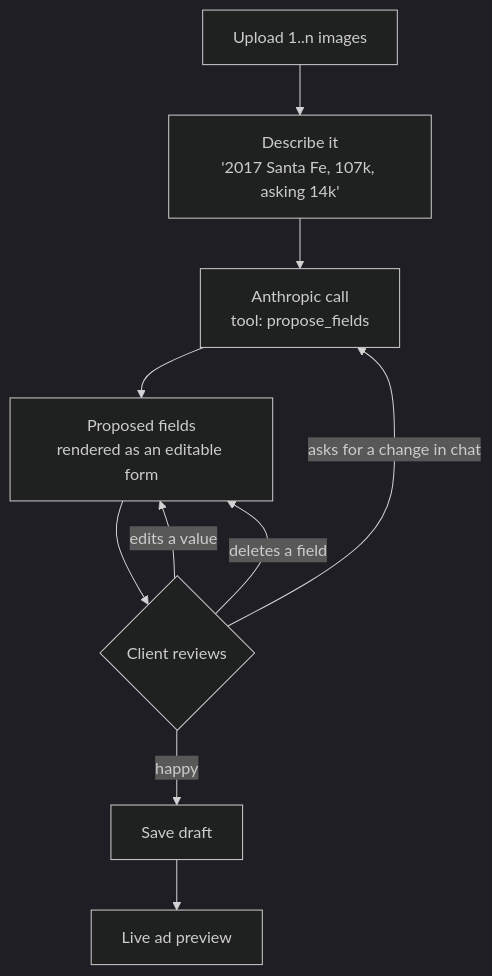
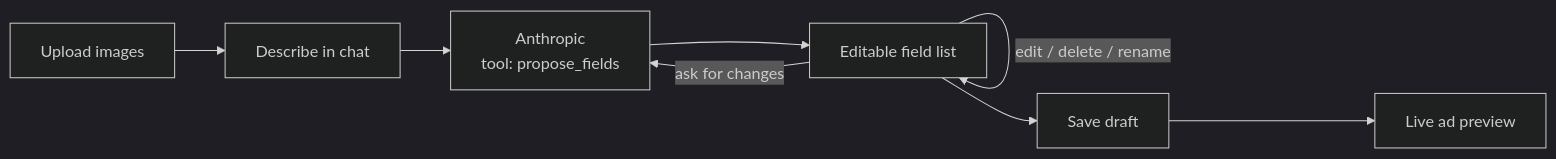
Before and after one commit to Cloudstrucc/automotive-studio: the sixth of 7 diagrams in docs/ADMIN_APP_PLAN.md, drawn with Mermaid (dark theme). The commit also changed other lines of this file and 18 other files, not shown here.

````diff
--- a/docs/ADMIN_APP_PLAN.md
+++ b/docs/ADMIN_APP_PLAN.md
@@ -326,12 +264,9 @@
 ```mermaid
-flowchart TB
-  U["Upload 1..n images"] --> D["Describe it<br/>'2017 Santa Fe, 107k, asking 14k'"]
-  D --> X["Anthropic call<br/>tool: propose_fields"]
-  X --> F["Proposed fields<br/>rendered as an editable form"]
-  F --> E{"Client reviews"}
-  E -->|edits a value| F
-  E -->|deletes a field| F
-  E -->|asks for a change in chat| X
-  E -->|happy| S["Save draft"]
-  S --> P["Live ad preview"]
+flowchart LR
+  U["Upload images"] --> D["Describe in chat"]
+  D --> X["Anthropic<br/>tool: propose_fields"]
+  X --> F["Editable field list"]
+  F -->|edit / delete / rename| F
+  F -->|ask for changes| X
+  F --> S["Save draft"] --> P["Live ad preview"]
 ```
````
